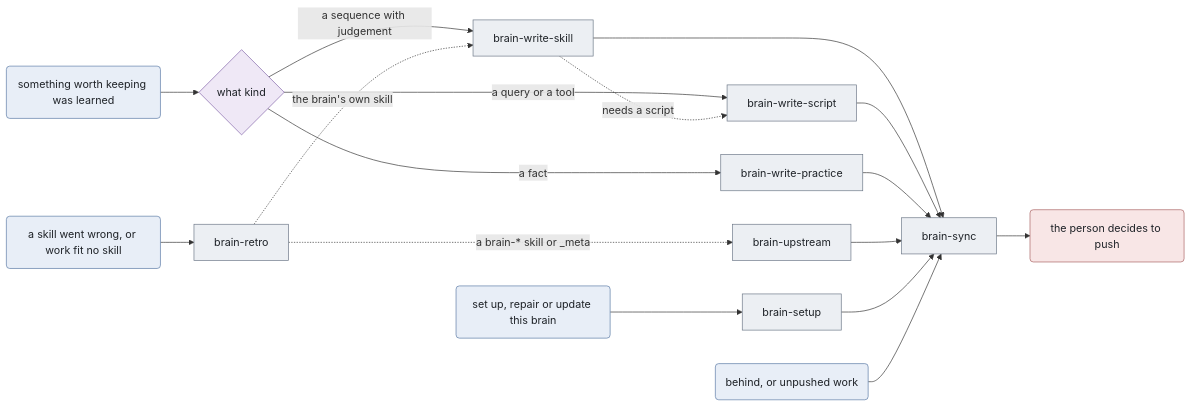
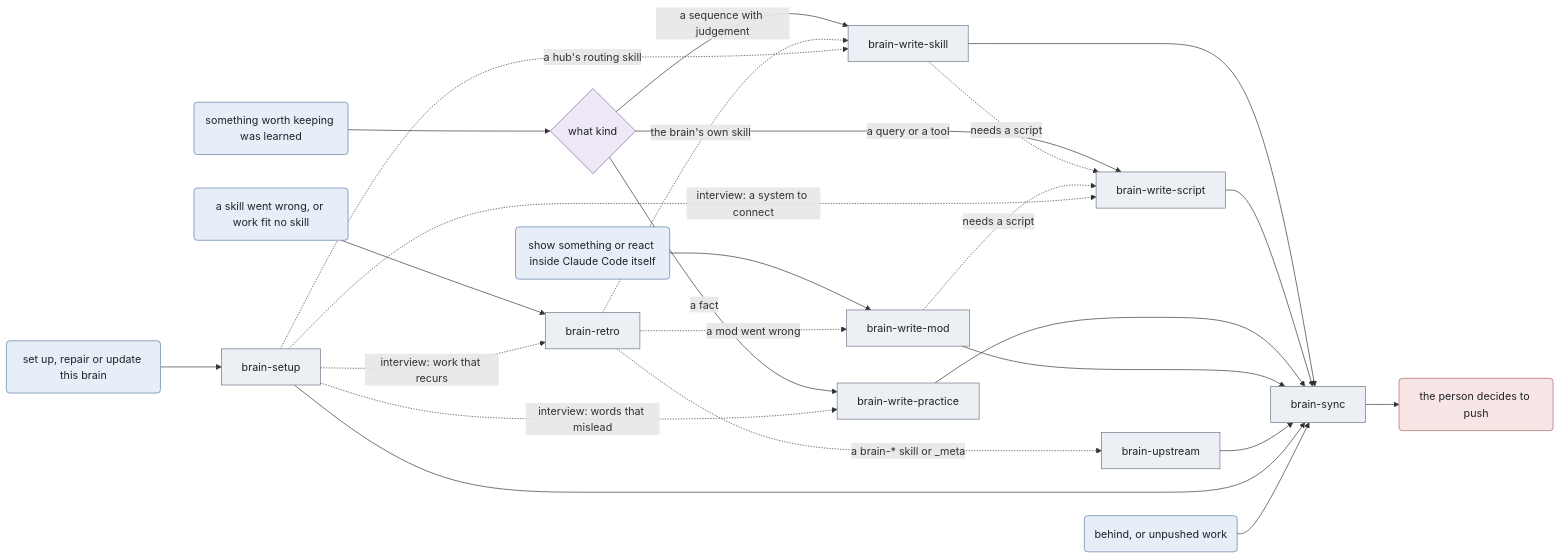
The diagram in _meta/ROUTING-META.md (derrickmehaffy/brain-template), drawn with Mermaid before and after one commit. The commit also changed 5 other files, not shown here.

Commit message:
meta(routing): brain-setup's interview hand-offs and brain-write-mod in the map

````diff
--- a/_meta/ROUTING-META.md
+++ b/_meta/ROUTING-META.md
@@ -11,23 +11,31 @@
 ```mermaid
 flowchart LR
 classDef entry fill:#e8eef7,stroke:#5b7aa6,color:#1f2328;
 classDef work fill:#eceff3,stroke:#6b7686,color:#1f2328;
 classDef decision fill:#efe8f6,stroke:#8061a8,color:#1f2328;
 classDef human fill:#f8e6e6,stroke:#a86060,color:#1f2328;
   META_LEARNED(something worth keeping was learned):::entry --> META_KIND{what kind}:::decision
   META_KIND -->|a sequence with judgement| brain-write-skill:::work
   META_KIND -->|a fact| brain-write-practice:::work
   META_KIND -->|a query or a tool| brain-write-script:::work
   brain-write-skill -.->|needs a script| brain-write-script
   brain-write-skill --> brain-sync:::work
   brain-write-script --> brain-sync
   brain-write-practice --> brain-sync
+  META_MOD(show something or react inside Claude Code itself):::entry --> brain-write-mod:::work
+  brain-write-mod -.->|needs a script| brain-write-script
+  brain-write-mod --> brain-sync
   META_WRONG(a skill went wrong, or work fit no skill):::entry --> brain-retro:::work
+  brain-retro -.->|a mod went wrong| brain-write-mod
   brain-retro -.->|the brain's own skill| brain-write-skill
   brain-retro -.->|a brain-* skill or _meta| brain-upstream:::work
   brain-upstream --> brain-sync
   META_SETUP(set up, repair or update this brain):::entry --> brain-setup:::work
   brain-setup --> brain-sync
+  brain-setup -.->|interview: words that mislead| brain-write-practice
+  brain-setup -.->|interview: a system to connect| brain-write-script
+  brain-setup -.->|interview: work that recurs| brain-retro
+  brain-setup -.->|a hub's routing skill| brain-write-skill
   META_STALE(behind, or unpushed work):::entry --> brain-sync
   brain-sync --> META_PUSH(the person decides to push):::human
 ```
````
